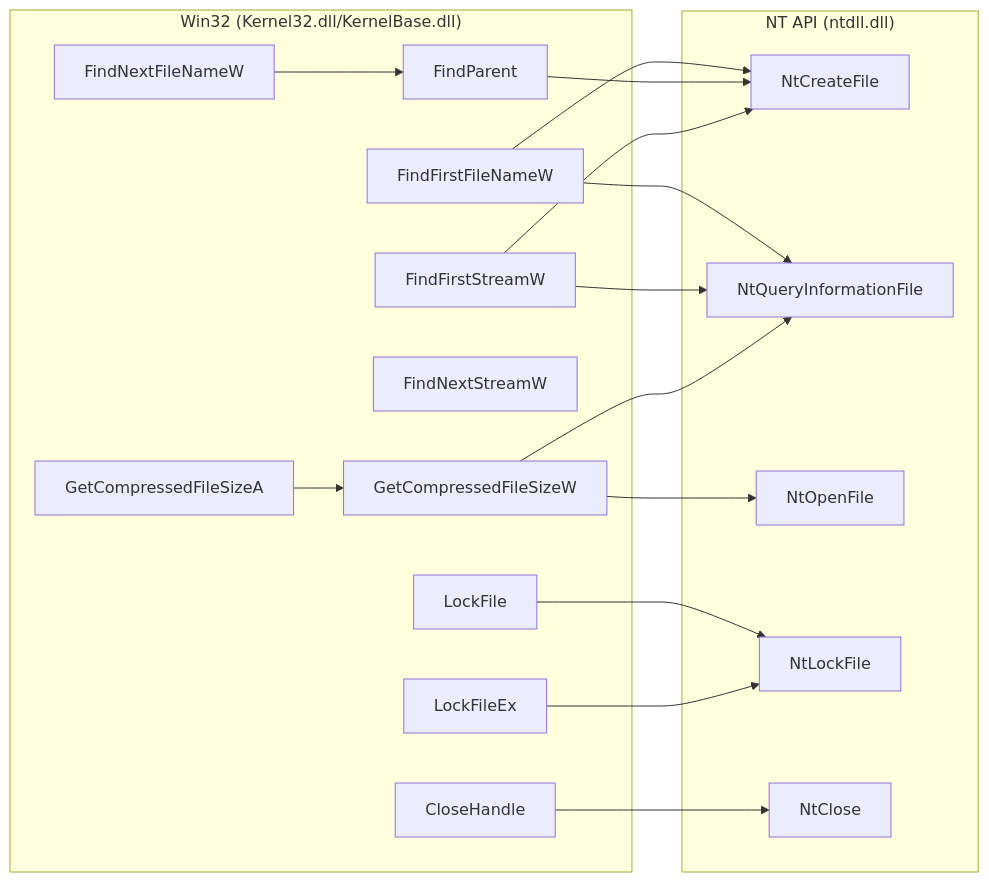
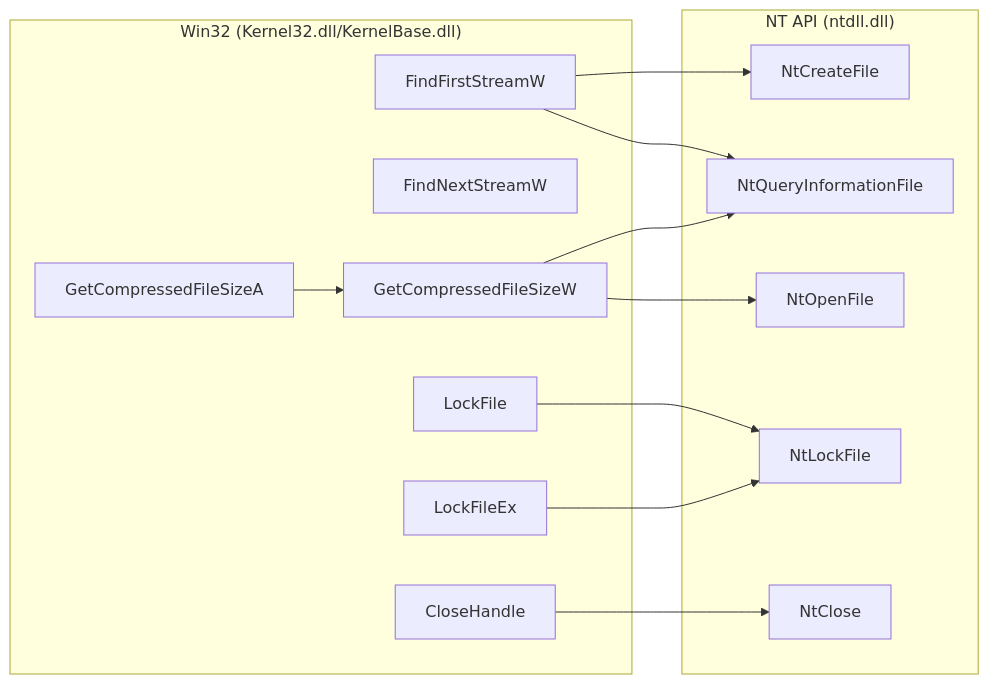
Before and after one commit to Sewer56/vfs-writeup: the ninth of 9 diagrams in docs/index.md, drawn with Mermaid.

Commit message:
Moved: FindFirstFileNameW to symbolic links section.

````diff
--- a/docs/index.md
+++ b/docs/index.md
@@ -566,37 +574,30 @@
 ```mermaid
 flowchart LR
     subgraph Win32["Win32 (Kernel32.dll/KernelBase.dll)"]
-    FindFirstFileNameW
-    FindNextFileNameW
-    FindParent
     FindFirstStreamW
     FindNextStreamW
     GetCompressedFileSizeA
     GetCompressedFileSizeW
     LockFile
     LockFileEx
     CloseHandle
 
     GetCompressedFileSizeA --> GetCompressedFileSizeW
-    FindNextFileNameW --> FindParent
     end
 
     subgraph NT["NT API (ntdll.dll)"]
     NtCreateFile
     NtQueryInformationFile
     NtOpenFile
     NtLockFile
     NtClose
 
-    FindFirstFileNameW --> NtCreateFile
-    FindFirstFileNameW --> NtQueryInformationFile
-    FindParent --> NtCreateFile
     FindFirstStreamW --> NtCreateFile
     FindFirstStreamW --> NtQueryInformationFile
     GetCompressedFileSizeW --> NtOpenFile
     GetCompressedFileSizeW --> NtQueryInformationFile
     LockFile --> NtLockFile
     LockFileEx --> NtLockFile
     CloseHandle --> NtClose
     end
 ```
````
